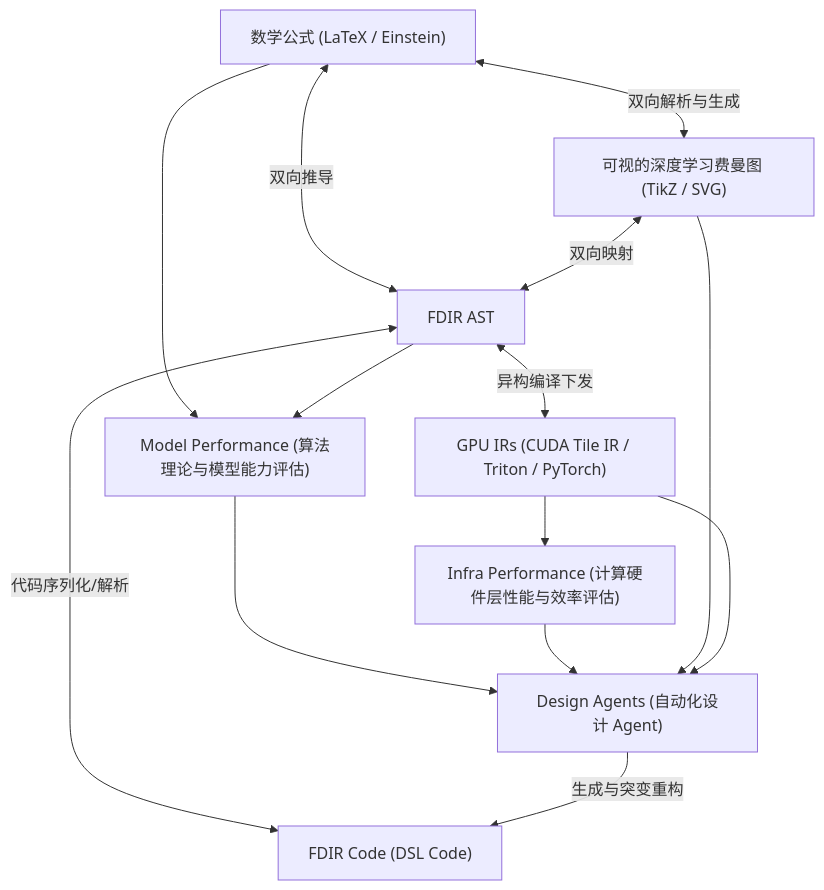
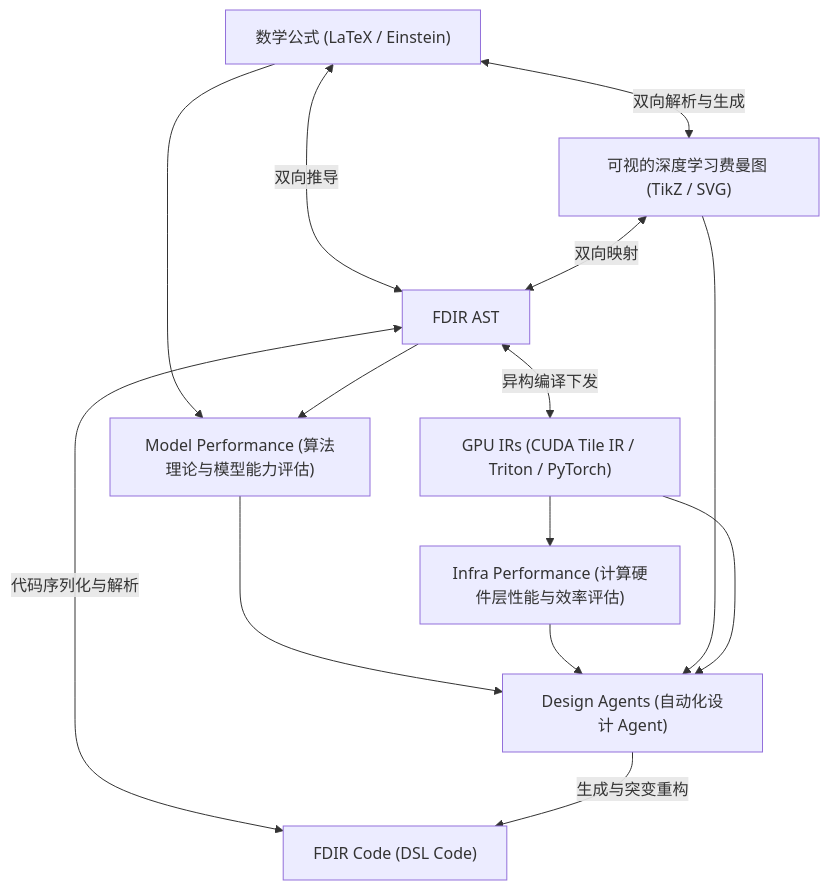
Before and after one commit to hy-wu/newAI: the diagram in Feynman/docs/FDIR_Architecture_and_Usage_Guide.md, drawn with Mermaid. The commit also changed other lines of this file and 1 other file, not shown here.

Commit message:
fix(docs): replace gantt diagram with flowchart LR and Markdown table in LLM_Architecture_Gallery_FDIR_Plan_ZH.md for universal rendering support

````diff
--- a/Feynman/docs/FDIR_Architecture_and_Usage_Guide.md
+++ b/Feynman/docs/FDIR_Architecture_and_Usage_Guide.md
@@ -39,18 +39,19 @@
 ```mermaid
-graph TD
+flowchart TD
     MathFormula["数学公式 (LaTeX / Einstein)"] <-->|双向解析与生成| VisualFD["可视的深度学习费曼图 (TikZ / SVG)"]
     MathFormula <-->|双向推导| AST["FDIR AST"]
     VisualFD <-->|双向映射| AST
-    AST <-->|代码序列化/解析| Code["FDIR Code (DSL Code)"]
+    AST <-->|代码序列化与解析| Code["FDIR Code (DSL Code)"]
     AST <-->|异构编译下发| GPUIR["GPU IRs (CUDA Tile IR / Triton / PyTorch)"]
 
-    MathFormula & AST --> ModelPerf["Model Performance (算法理论与模型能力评估)"]
+    MathFormula --> ModelPerf["Model Performance (算法理论与模型能力评估)"]
+    AST --> ModelPerf
     GPUIR --> InfraPerf["Infra Performance (计算硬件层性能与效率评估)"]
 
     ModelPerf --> Agents["Design Agents (自动化设计 Agent)"]
     InfraPerf --> Agents
     VisualFD --> Agents
     GPUIR --> Agents
 
     Agents -->|生成与突变重构| Code
 ```
````
